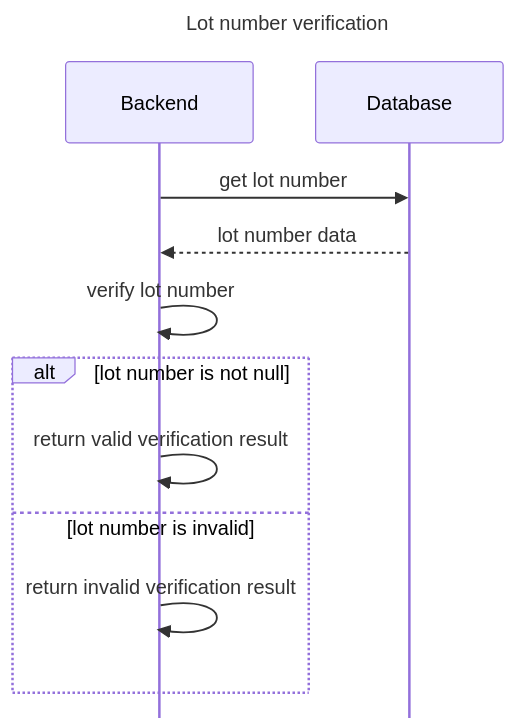
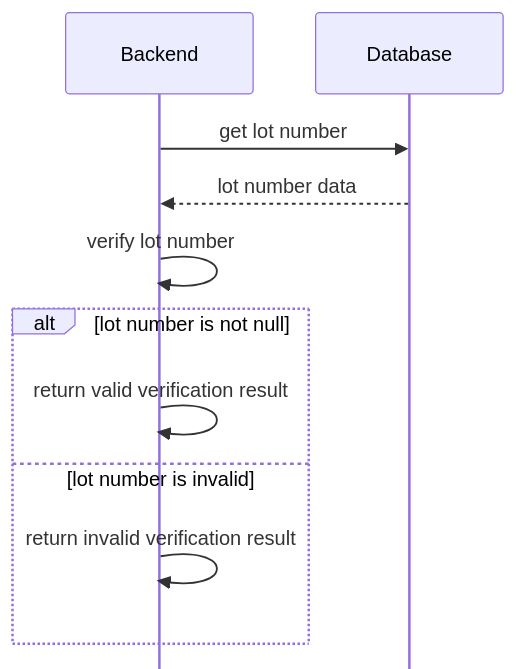
Before and after one commit to ai-cfia/fertiscan: the diagram in docs/compliance/verification/lot_number/design.md, drawn with Mermaid. The commit also changed 1 other file, not shown here.

Commit message:
more human interaction design for general verification and lot_number verification

````diff
--- a/docs/compliance/verification/lot_number/design.md
+++ b/docs/compliance/verification/lot_number/design.md
@@ -3,17 +3,16 @@
 ```mermaid
 %%{init: { "sequence": { "mirrorActors": false } }}%%
 sequenceDiagram
-    title Lot number verification
     participant be as Backend
     participant db as Database
 
     be ->> db : get lot number
     db -->> be : lot number data
 
     be ->> be : verify lot number
     alt lot number is not null
         be ->> be : return valid verification result
     else lot number is invalid
         be ->> be : return invalid verification result
     end
 ```
````
